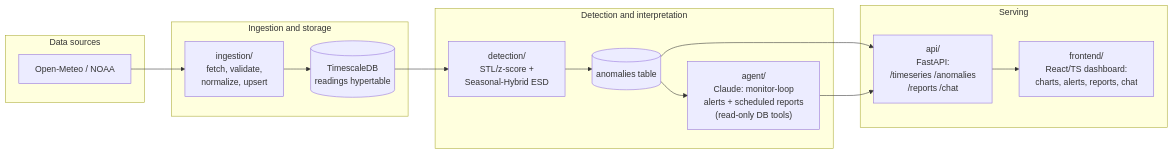
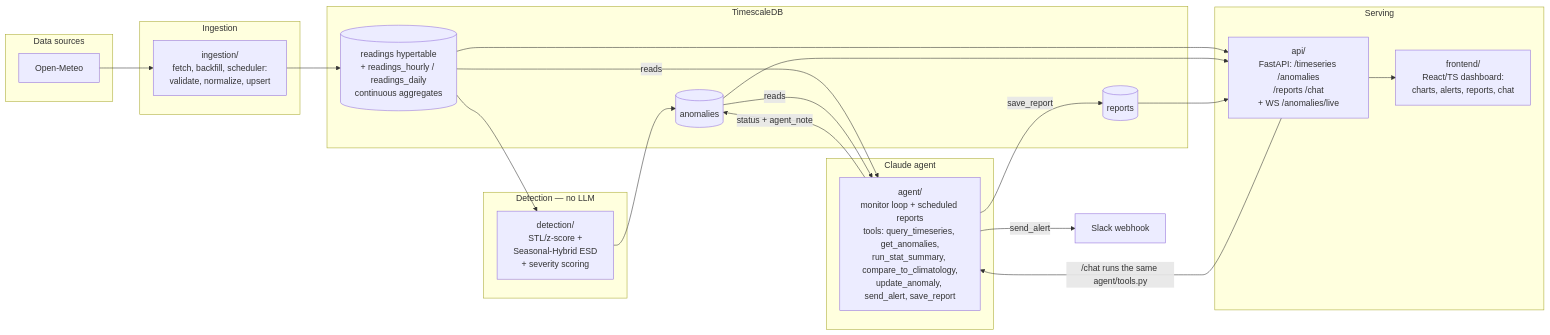
One commit to thompgt/weather-anomaly-agent changed the diagram in README.md. Above: the diagram before and after it, drawn with Mermaid. The commit also changed other lines of this file, not shown here.

Commit message:
Correct architecture diagram to match the real data flow
The diagram claimed the agent had read-only DB tools and fed the API.
Neither is true: update_anomaly and save_report write back to the
anomalies and reports tables, send_alert posts to a Slack webhook, and
the API reads all three tables directly from TimescaleDB rather than
from the agent. The only API->agent edge is /chat, which runs
agent/tools.py in-process.

Also: split the DB into its three real tables (plus the hourly/daily
continuous aggregates both detection and the agent read), show the
agent reading raw readings for grounding, list the actual tool set and
the /anomalies/live websocket, and drop NOAA from the sources node --
it is an unimplemented .env.example placeholder, not a code path.

````diff
--- a/README.md
+++ b/README.md
@@ -17,28 +17,44 @@
 ```mermaid
 flowchart LR
     subgraph Sources["Data sources"]
-        OM["Open-Meteo / NOAA"]
+        OM["Open-Meteo"]
     end
 
-    subgraph Pipeline["Ingestion and storage"]
-        ING["ingestion/<br/>fetch, validate,<br/>normalize, upsert"]
-        DB[("TimescaleDB<br/>readings hypertable")]
+    subgraph Pipeline["Ingestion"]
+        ING["ingestion/<br/>fetch, backfill, scheduler:<br/>validate, normalize, upsert"]
     end
 
-    subgraph Analysis["Detection and interpretation"]
-        DET["detection/<br/>STL/z-score +<br/>Seasonal-Hybrid ESD"]
-        AN[("anomalies table")]
-        AGENT["agent/<br/>Claude: monitor-loop<br/>alerts + scheduled reports<br/>(read-only DB tools)"]
+    subgraph Store["TimescaleDB"]
+        RD[("readings hypertable<br/>+ readings_hourly / readings_daily<br/>continuous aggregates")]
+        AN[("anomalies")]
+        RP[("reports")]
+    end
+
+    subgraph Analysis["Detection — no LLM"]
+        DET["detection/<br/>STL/z-score +<br/>Seasonal-Hybrid ESD<br/>+ severity scoring"]
+    end
+
+    subgraph AI["Claude agent"]
+        AGENT["agent/<br/>monitor loop + scheduled reports<br/>tools: query_timeseries, get_anomalies,<br/>run_stat_summary, compare_to_climatology,<br/>update_anomaly, send_alert, save_report"]
     end
 
     subgraph Serving["Serving"]
-        API["api/<br/>FastAPI:<br/>/timeseries /anomalies<br/>/reports /chat"]
+        API["api/<br/>FastAPI: /timeseries /anomalies<br/>/reports /chat<br/>+ WS /anomalies/live"]
         FE["frontend/<br/>React/TS dashboard:<br/>charts, alerts, reports, chat"]
     end
 
-    OM --> ING --> DB --> DET --> AN
-    AN --> AGENT
+    SLACK["Slack webhook"]
+
+    OM --> ING --> RD
+    RD --> DET --> AN
+    RD -- "reads" --> AGENT
+    AN -- "reads" --> AGENT
+    AGENT -- "status + agent_note" --> AN
+    AGENT -- "save_report" --> RP
+    AGENT -- "send_alert" --> SLACK
+    RD --> API
     AN --> API
-    AGENT --> API
+    RP --> API
+    API -- "/chat runs the same agent/tools.py" --> AGENT
     API --> FE
 ```
````
